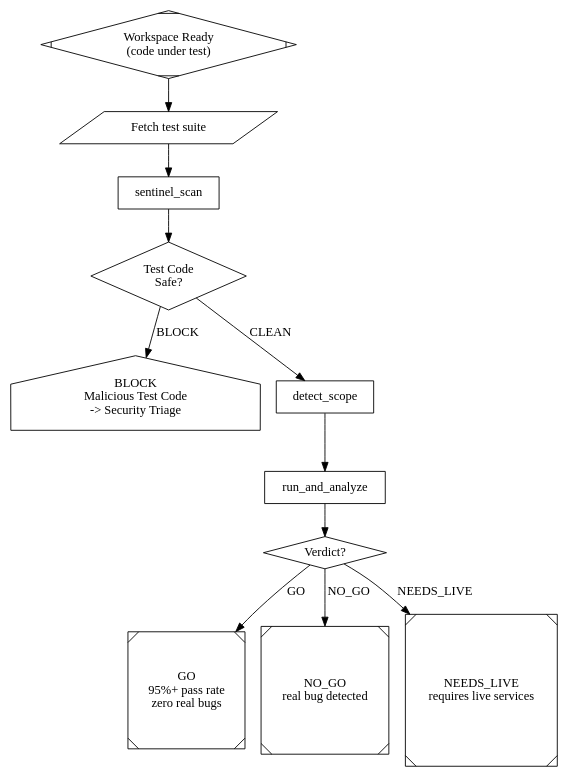
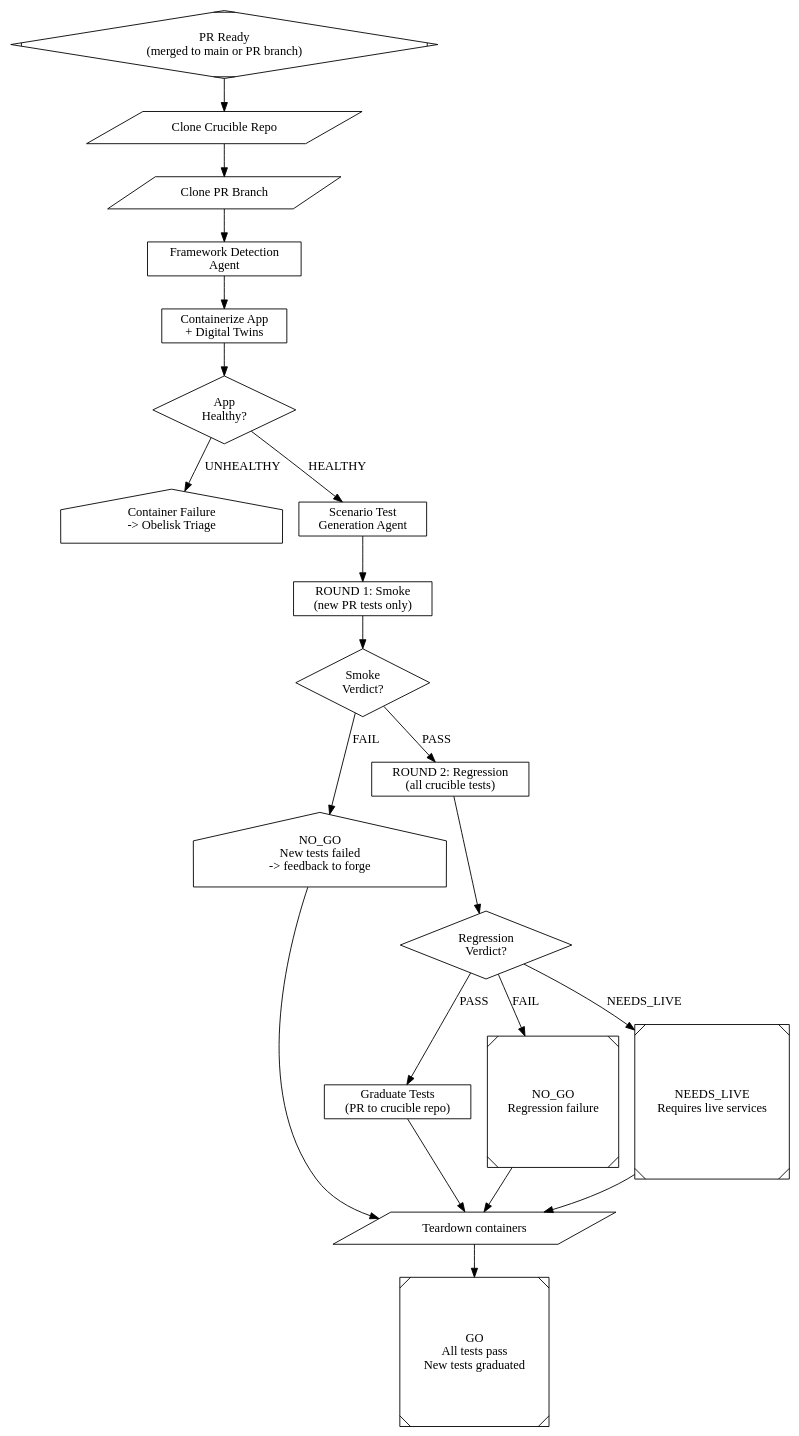
One commit to ardrodus/dark-fac changed the diagram in pipelines/crucible.dot. Above: the diagram before and after it, drawn with Graphviz. The commit also changed 18 other files, not shown here.

First line of the commit message:
feat: two-round Crucible pipeline with test graduation

```diff
--- a/pipelines/crucible.dot
+++ b/pipelines/crucible.dot
@@ -1,67 +1,125 @@
-// Crucible: Validation Pipeline
+// Crucible: Two-Round Validation Pipeline with Test Graduation
 //
-// Dark Factory's test validation layer. Runs the full test suite against
-// a workspace and produces a three-way verdict:
-//   GO        -- 95%+ pass rate AND zero real bugs detected
-//   NO_GO     -- Any real bug found (test failure confirmed as genuine)
-//   NEEDS_LIVE -- Tests require live/external services not available in CI
+// The "bill becoming a law" pipeline:
+//   1. Pull crucible repo + PR branch
+//   2. Detect frameworks, install deps
+//   3. Containerize app with digital twins
+//   4. Generate scenario tests from PR diff
+//   5. ROUND 1: Run new PR tests (smoke)
+//   6. ROUND 2: Run all existing tests (regression)
+//   7. Graduate new tests to crucible repo via PR
 //
-// Flow: clone tests -> security scan -> scope detection -> run + analyze -> verdict
+// Verdicts: GO | NO_GO | NEEDS_LIVE
+//
+// Flow: provision -> detect -> containerize -> generate -> smoke -> regress -> graduate
 
 digraph crucible {
     graph [
-        goal="Validate workspace code via single test run with three-way verdict"
+        goal="Validate PR via two-round testing then graduate new tests to crucible repo"
     ]
 
     // --- Entry ---
-    start [shape=Mdiamond, label="Workspace Ready\n(code under test)"]
+    start [shape=Mdiamond, label="PR Ready\n(merged to main or PR branch)"]
 
-    // --- Stage 1: Load Tests (git clone) ---
-    load_tests [
+    // --- Phase 1: Provision ---
+    clone_crucible [
         shape=parallelogram,
-        label="Fetch test suite",
-        prompt="cd $workspace && git clone $test_repo .dark-factory/crucible-tests/ 2>&1 || echo 'Test repo already cloned'",
+        label="Clone Crucible Repo",
+        prompt="cd $workspace && git clone $test_repo .dark-factory/crucible-tests/ 2>&1 || git -C .dark-factory/crucible-tests/ pull --ff-only 2>&1",
         timeout="5m"
     ]
 
-    // --- Stage 2: Sentinel Scan (Gate 1 on test code) ---
-    sentinel_scan [
-        shape=box,
-        prompt="You are Sentinel performing Gate 1 on TEST CODE (not production code).\n\nWorkspace: $workspace\nTest directory: $workspace/.dark-factory/crucible-tests/\n\nScan the test suite for:\n- Embedded secrets or credentials in test fixtures\n- Malicious dependencies in test requirements\n- Shell injection or file-system escape in test helpers\n- Network calls to unexpected external hosts\n- Any attempt to modify code outside the test directory\n\nRead the test files and analyze them.\n\nVerdict: CLEAN (proceed) | BLOCK (test code is unsafe, abort pipeline)"
-    ]
-    sentinel_verdict [shape=diamond, label="Test Code\nSafe?"]
-    sentinel_blocked [shape=house, label="BLOCK\nMalicious Test Code\n-> Security Triage"]
-
-    // --- Stage 3: Detect Scope ---
-    detect_scope [
-        shape=box,
-        prompt="You are the Crucible scope detector.\n\nWorkspace: $workspace\nBase SHA: $base_sha\nHead SHA: $head_sha\n\nAnalyze the test suite and workspace to determine test scope.\n\nDetect:\n- Test framework (pytest, jest, playwright, cargo test, go test, etc.)\n- Test files and count\n- Required services (databases, APIs, message queues)\n- Environment variables needed\n- Fixtures and setup requirements\n\nClassify each test as: unit | integration | e2e\nFlag tests that require live/external services not available in CI.\n\nWrite your detection results to: $workspace/.dark-factory/crucible/scope.json\nInclude: framework, test_count, run_command, live_service_tests[]"
+    clone_pr [
+        shape=parallelogram,
+        label="Clone PR Branch",
+        prompt="cd $workspace && git fetch origin $pr_branch && git checkout $pr_branch 2>&1 || echo 'Already on PR branch'",
+        timeout="3m"
     ]
 
-    // --- Stage 4: Run Tests + Analyze ---
-    // Agent node: reads scope detection output, runs the detected test framework,
-    // then analyzes the results in one pass.
-    run_and_analyze [
+    // --- Phase 2: Framework Detection ---
+    detect_frameworks [
         shape=box,
-        prompt="You are the Crucible test runner and analyst.\n\nWorkspace: $workspace\nBase SHA: $base_sha\nHead SHA: $head_sha\n\n## Step 1: Run Tests\n\nRead the scope detection results at: $workspace/.dark-factory/crucible/scope.json\nRun the detected test framework against the workspace.\nCapture the full test output.\n\n## Step 2: Analyze Results\n\nFor each test failure, classify as:\n- REAL_BUG: Genuine code defect (assertion on correct behavior fails)\n- FLAKY: Non-deterministic failure (timing, ordering, resource contention)\n- ENV_ISSUE: Missing service, config, or dependency (not a code bug)\n- NEEDS_LIVE: Requires live external service unavailable in CI\n\nCompute pass rate: passed / (passed + failed) * 100\n\nWrite analysis to: $workspace/.dark-factory/crucible/analysis.json\nInclude: pass_rate, real_bug_count, needs_live_count, failure_details[]\n\nOutput a summary with your verdict recommendation:\n- GO: pass_rate >= 95% AND real_bug_count == 0\n- NO_GO: real_bug_count > 0\n- NEEDS_LIVE: needs_live_count > 0 AND real_bug_count == 0"
+        label="Framework Detection\nAgent",
+        prompt="$eng_crucible_framework\n\nYou are the Crucible Framework Analyst. Examine the target app at $workspace to determine which test frameworks are needed for end-to-end validation.\n\nApp workspace: $workspace\nCrucible test repo: $workspace/.dark-factory/crucible-tests/\n\nAnalysis steps:\n1. Examine the app technology stack (language, framework, runtime)\n2. Identify testable surfaces: web UI, REST API, GraphQL, CLI, WebSocket\n3. For each surface, recommend a test framework (max 3):\n   - Web UI: Playwright (preferred), Cypress\n   - REST API: supertest (Node), httpx (Python)\n   - CLI: subprocess-based testing\n4. Check what already exists in the crucible repo\n5. Install missing frameworks\n\nWrite detection results to: $workspace/.dark-factory/crucible/framework-detection.json"
     ]
 
-    // --- Stage 5: Verdict (three-way) ---
-    verdict [shape=diamond, label="Verdict?"]
+    // --- Phase 3: Containerization + Twins ---
+    containerize [
+        shape=box,
+        label="Containerize App\n+ Digital Twins",
+        prompt="You are the Crucible containerization agent.\n\nWorkspace: $workspace\n\n1. Read the generated Dockerfile and docker-compose.yml in .dark-factory/generated/\n2. If digital twins are configured in .dark-factory/twins/, include them via compose merge\n3. Run: docker compose build\n4. Run: docker compose up -d\n5. Health-check all services (app + twins)\n6. Mount crucible tests into the container at /crucible/\n\nReport: HEALTHY if all services pass health checks, UNHEALTHY otherwise."
+    ]
 
-    go [shape=Msquare, label="GO\n95%+ pass rate\nzero real bugs"]
-    no_go [shape=Msquare, label="NO_GO\nreal bug detected"]
-    needs_live [shape=Msquare, label="NEEDS_LIVE\nrequires live services"]
+    health_check [shape=diamond, label="App\nHealthy?"]
+    container_failed [shape=house, label="Container Failure\n-> Obelisk Triage"]
+
+    // --- Phase 4: Scenario Generation ---
+    generate_scenarios [
+        shape=box,
+        label="Scenario Test\nGeneration Agent",
+        prompt="$eng_crucible_scenario\n\nYou are the Crucible Scenario Generator. Read the PR diff and generate end-to-end scenario tests.\n\nWorkspace: $workspace\nPR number: $pr_number\nPR branch: $pr_branch\nBase SHA: $base_sha\nHead SHA: $head_sha\nCrucible tests: $workspace/.dark-factory/crucible-tests/\n\nSteps:\n1. Run: git diff $base_sha...$head_sha in $workspace\n2. Identify changed files, new endpoints, modified UI components\n3. Generate 1-5 test files using detected framework patterns\n4. Write to: crucible-tests/tests/pr-$pr_number-<feature>.spec.<ext>\n\nRules:\n- Each test exercises a USER-VISIBLE behavior change\n- Tests must be self-contained and deterministic\n- Use detected framework idioms\n- Max 500 lines total"
+    ]
+
+    // --- Phase 5: Round 1 -- Smoke (PR tests only) ---
+    round1_smoke [
+        shape=box,
+        label="ROUND 1: Smoke\n(new PR tests only)",
+        prompt="You are the Crucible smoke test runner.\n\nWorkspace: $workspace\nCrucible: $workspace/.dark-factory/crucible-tests/\nPR number: $pr_number\n\nRun ONLY the newly generated PR tests (files matching tests/pr-$pr_number-*).\nDo NOT run existing tests yet.\n\nFor each failure, classify as:\n- REAL_BUG: Genuine assertion failure on correct behavior\n- FLAKY: Timeout, element not found, race condition\n- ENV_ISSUE: Connection refused, missing service\n- NEEDS_LIVE: Requires external service not available\n\nVerdict: PASS (all tests pass or only FLAKY) | FAIL (any REAL_BUG)"
+    ]
+
+    smoke_verdict [shape=diamond, label="Smoke\nVerdict?"]
+    smoke_failed [shape=house, label="NO_GO\nNew tests failed\n-> feedback to forge"]
+
+    // --- Phase 6: Round 2 -- Full Regression ---
+    round2_regression [
+        shape=box,
+        label="ROUND 2: Regression\n(all crucible tests)",
+        prompt="You are the Crucible regression test runner.\n\nWorkspace: $workspace\nCrucible: $workspace/.dark-factory/crucible-tests/\n\nRun the FULL test suite: all existing crucible tests PLUS the new PR tests.\nThis validates the new tests do not break existing tests.\n\nClassify failures the same way as Round 1.\n\nVerdict:\n- PASS: All tests pass (>= 95% pass rate AND zero REAL_BUG)\n- FAIL: Any REAL_BUG found\n- NEEDS_LIVE: Tests require live services (zero REAL_BUG)"
+    ]
+
+    regression_verdict [shape=diamond, label="Regression\nVerdict?"]
+
+    // --- Phase 7: Test Graduation ---
+    graduate_tests [
+        shape=box,
+        label="Graduate Tests\n(PR to crucible repo)",
+        prompt="$eng_crucible_graduation\n\nYou are the Crucible Graduation Agent. Tests passed both rounds — time to make them permanent.\n\nCrucible repo: $workspace/.dark-factory/crucible-tests/\nApp repo: $app_repo\nPR number: $pr_number\n\nSteps:\n1. Rename test files: remove 'pr-$pr_number-' prefix\n2. Check for naming conflicts with existing tests\n3. Create branch: crucible/graduate-pr-$pr_number\n4. Commit: 'feat(crucible): graduate tests from PR #$pr_number'\n5. Push and create PR to crucible repo\n\nThe bill becomes law."
+    ]
+
+    // --- Terminals ---
+    go [shape=Msquare, label="GO\nAll tests pass\nNew tests graduated"]
+    no_go [shape=Msquare, label="NO_GO\nRegression failure"]
+    needs_live [shape=Msquare, label="NEEDS_LIVE\nRequires live services"]
+
+    // --- Teardown ---
+    teardown [
+        shape=parallelogram,
+        label="Teardown containers",
+        prompt="cd $workspace && docker compose -p crucible down -v --remove-orphans 2>&1 || true",
+        timeout="2m"
+    ]
 
     // --- Flow ---
-    start -> load_tests -> sentinel_scan -> sentinel_verdict
+    start -> clone_crucible -> clone_pr -> detect_frameworks
+    detect_frameworks -> containerize -> health_check
 
-    sentinel_verdict -> detect_scope [label="CLEAN"]
-    sentinel_verdict -> sentinel_blocked [label="BLOCK"]
+    health_check -> generate_scenarios [label="HEALTHY"]
+    health_check -> container_failed [label="UNHEALTHY"]
 
-    detect_scope -> run_and_analyze -> verdict
+    generate_scenarios -> round1_smoke -> smoke_verdict
 
-    verdict -> go [label="GO"]
-    verdict -> no_go [label="NO_GO"]
-    verdict -> needs_live [label="NEEDS_LIVE"]
+    smoke_verdict -> round2_regression [label="PASS"]
+    smoke_verdict -> smoke_failed [label="FAIL"]
+
+    round2_regression -> regression_verdict
+
+    regression_verdict -> graduate_tests [label="PASS"]
+    regression_verdict -> no_go [label="FAIL"]
+    regression_verdict -> needs_live [label="NEEDS_LIVE"]
+
+    graduate_tests -> teardown -> go
+
+    smoke_failed -> teardown
+    no_go -> teardown
+    needs_live -> teardown
 }
```
